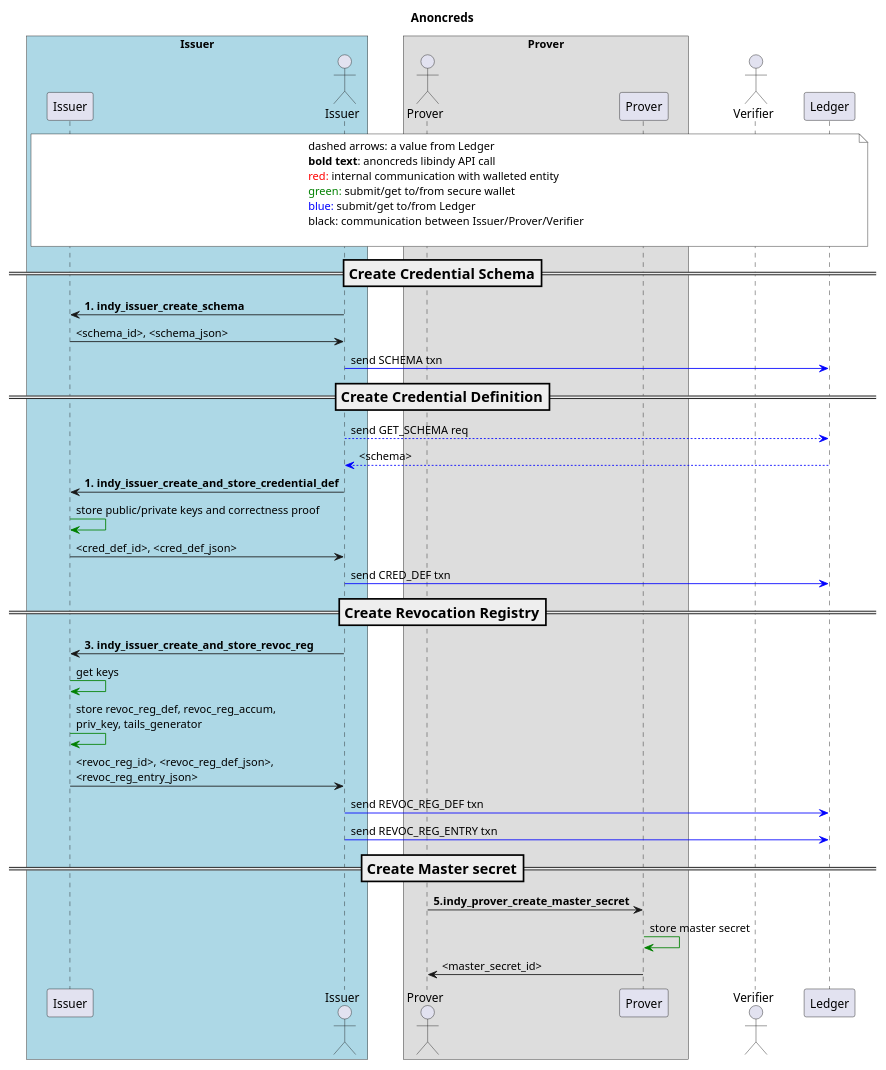
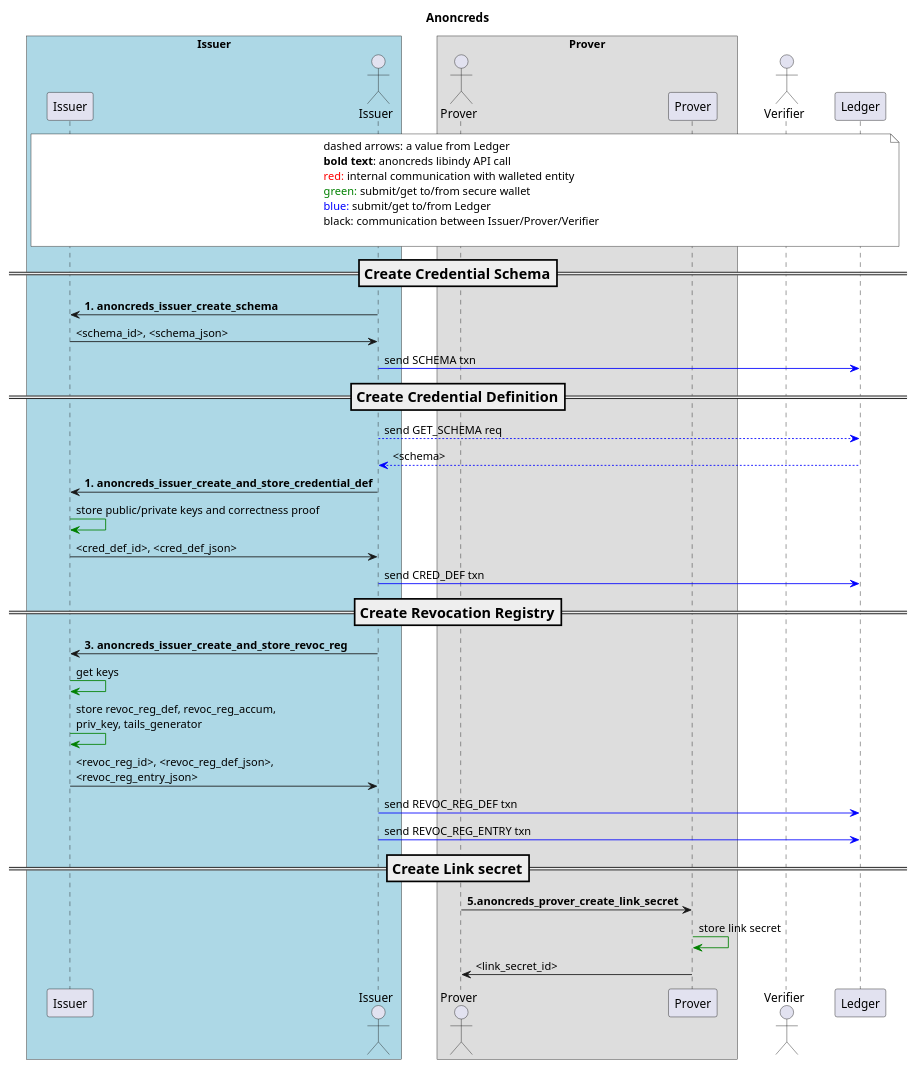
Before and after one commit to hyperledger/anoncreds-spec: the diagram in spec/diagrams/setup-workflow.puml, drawn with PlantUML. The commit also changed 10 other files, not shown here.

```diff
--- a/spec/diagrams/setup-workflow.puml
+++ b/spec/diagrams/setup-workflow.puml
@@ -1,65 +1,65 @@
 @startuml
 skinparam ParticipantPadding 20
 skinparam BoxPadding 20
 
 title Anoncreds
 scale 0.9
 
 
 box "Issuer" #LightBlue
 participant "Issuer" as IW
 actor Issuer as I
 endbox
 
 box "Prover"
 actor Prover as P
 participant "Prover" as PW
 endbox
 
 actor Verifier as V
 
 participant "Ledger" as L
 
 
 note over IW, L #white
     dashed arrows: a value from Ledger
     <b>bold text</b>: anoncreds libindy API call
     <font color=red>red:</font> internal communication with walleted entity
     <font color=green>green:</font> submit/get to/from secure wallet
     <font color=blue>blue:</font> submit/get to/from Ledger
     black: communication between Issuer/Prover/Verifier
 
 endnote
 
 
 === Create Credential Schema ==
-I -> IW: <b>1. indy_issuer_create_schema
+I -> IW: <b>1. anoncreds_issuer_create_schema
 IW -> I: <schema_id>, <schema_json>
 
 I-[#blue]>L: send SCHEMA txn
 
 === Create Credential Definition ==
 I -[#blue]-> L: send GET_SCHEMA req
 L -[#blue]-> I: <schema>
-I -> IW: <b>1. indy_issuer_create_and_store_credential_def
+I -> IW: <b>1. anoncreds_issuer_create_and_store_credential_def
 IW -[#green]> IW: store public/private keys and correctness proof
 IW -> I: <cred_def_id>, <cred_def_json>
 
 I-[#blue]>L: send CRED_DEF txn
 
 === Create Revocation Registry ==
 
-I -> IW: <b>3. indy_issuer_create_and_store_revoc_reg
+I -> IW: <b>3. anoncreds_issuer_create_and_store_revoc_reg
 IW -[#green]> IW: get keys
 IW -[#green]> IW: store revoc_reg_def, revoc_reg_accum, \npriv_key, tails_generator
 IW -> I: <revoc_reg_id>, <revoc_reg_def_json>, \n<revoc_reg_entry_json>
 
 I-[#blue]>L: send REVOC_REG_DEF txn
 I-[#blue]>L: send REVOC_REG_ENTRY txn
 
-=== Create Master secret ==
+=== Create Link secret ==
 
-P -> PW: <b>5.indy_prover_create_master_secret
-PW -[#green]> PW: store master secret
-PW -> P: <master_secret_id>
+P -> PW: <b>5.anoncreds_prover_create_link_secret
+PW -[#green]> PW: store link secret
+PW -> P: <link_secret_id>
 @enduml
```
